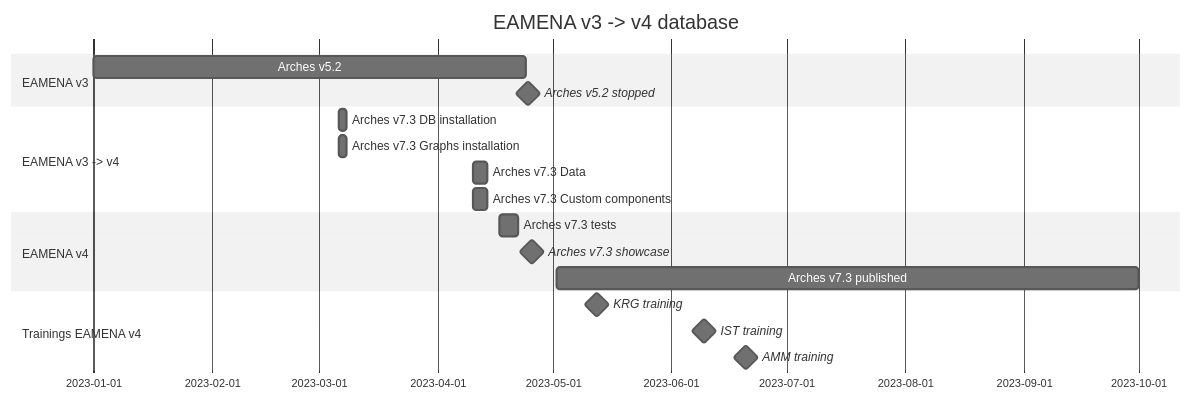
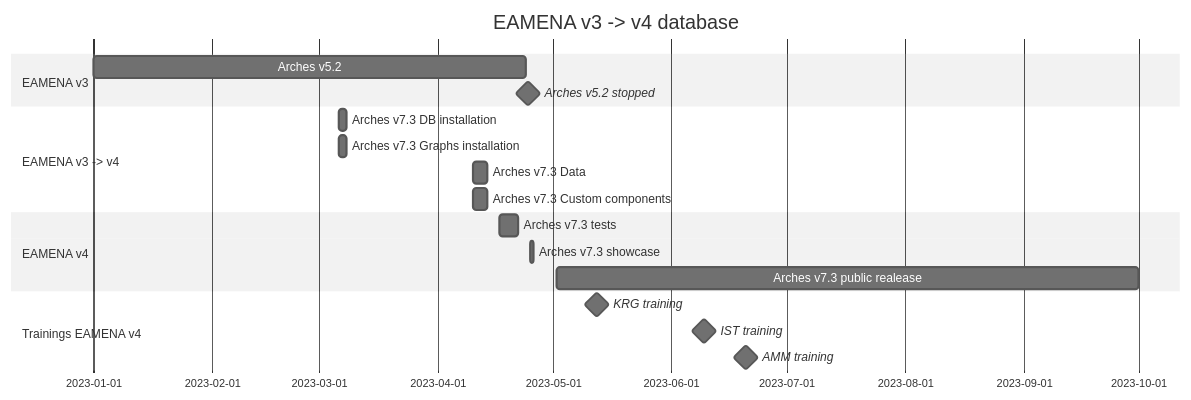
The diagram in dbs/database.eamena/README.md (eamena-project/eamena-arches-dev), drawn with Mermaid (neutral theme) before and after one commit.

Commit message:
views diagram

````diff
--- a/dbs/database.eamena/README.md
+++ b/dbs/database.eamena/README.md
@@ -5,21 +5,21 @@
 ```mermaid
 gantt
     title EAMENA v3 -> v4 database
     dateFormat  YYYY-MM-DD
     section EAMENA v3
     Arches v5.2              : a0, 2023-01-01, 2023-04-24
     Arches v5.2 stopped      : milestone, m3, 2023-04-24, 1d
     section EAMENA v3 -> v4
     Arches v7.3 DB installation        : a1, 2023-03-06, 2d
     Arches v7.3 Graphs installation    : a1, 2023-03-06, 2d
     Arches v7.3 Data                   : a1, 2023-04-10, 4d
     Arches v7.3 Custom components      : a1, 2023-04-10, 4d
     section EAMENA v4
     Arches v7.3 tests                  : a1, 2023-04-17, 5d
-    Arches v7.3 showcase               : milestone, m3, 2023-04-25, 1d
-    Arches v7.3 published              : a1, 2023-05-02, 2023-10-01
+    Arches v7.3 showcase               : a1, 2023-04-25, 1d
+    Arches v7.3 public realease        : a1, 2023-05-02, 2023-10-01
     section Trainings EAMENA v4
     KRG training             : milestone, m3, 2023-05-09, 7d
     IST training             : milestone, m3, 2023-06-06, 7d
     AMM training             : milestone, m3, 2023-06-17, 7d
 ```
````
